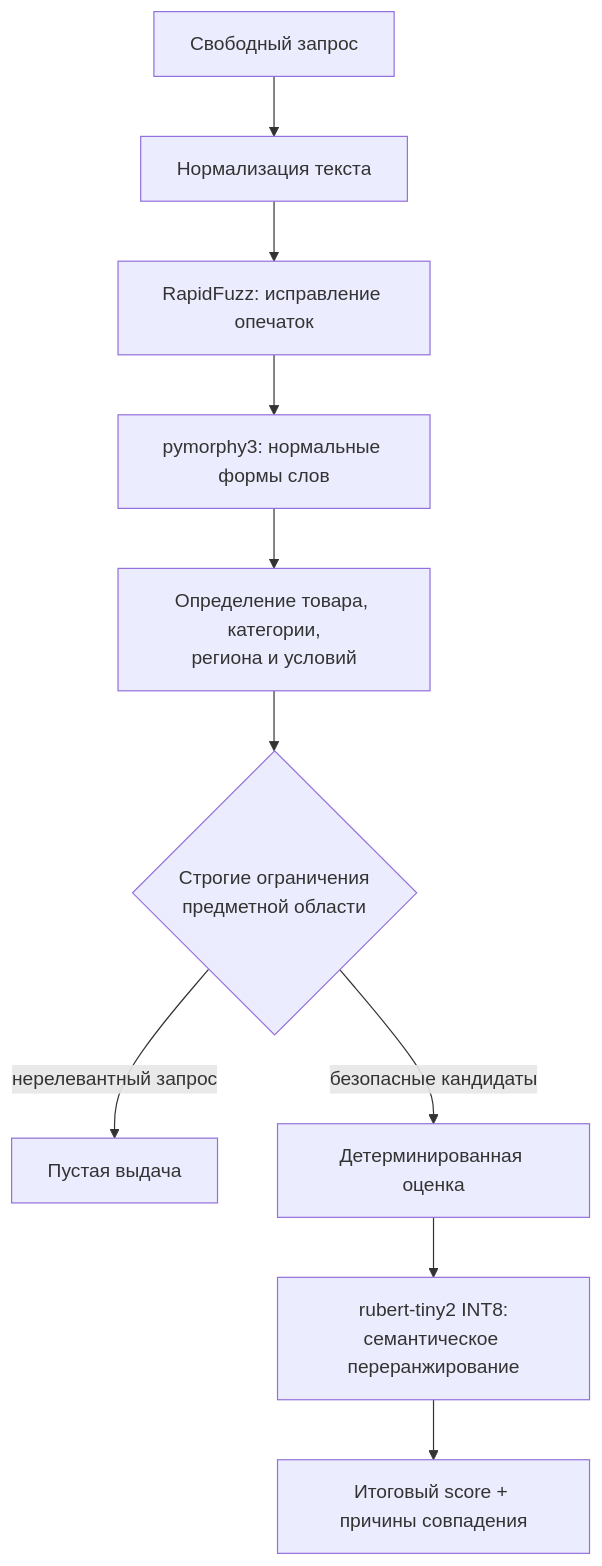
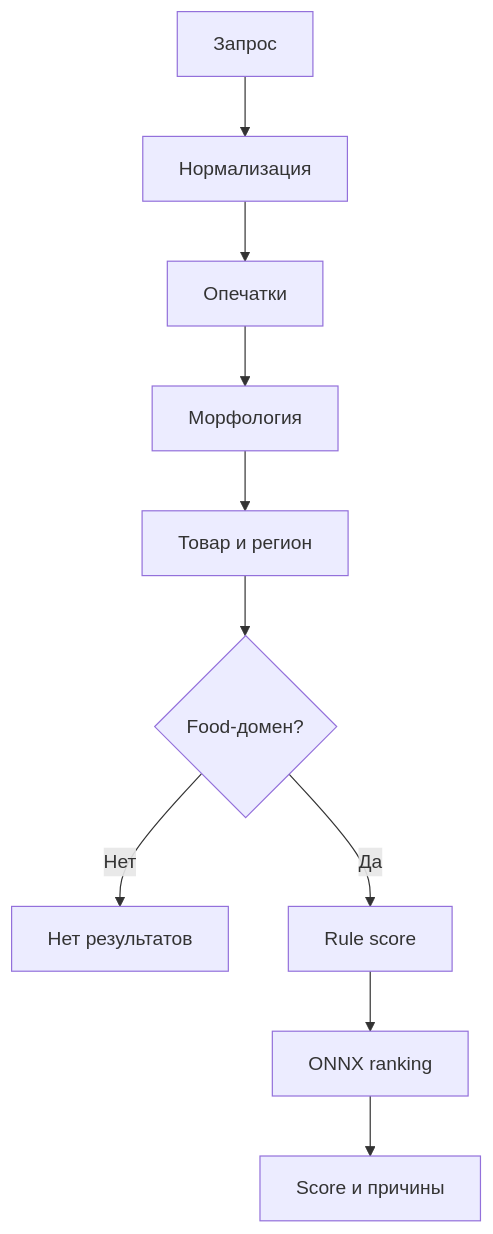
Before and after one commit to SeniorDanilBodrov/foodsource: the second of 3 diagrams in README.md, drawn with Mermaid. The commit also changed other lines of this file, not shown here.

Commit message:
Fix Mermaid labels in README [skip render]

````diff
--- a/README.md
+++ b/README.md
@@ -129,12 +129,12 @@
 ```mermaid
 flowchart TD
-    Q[Свободный запрос] --> N[Нормализация текста]
-    N --> T[RapidFuzz: исправление опечаток]
-    T --> M[pymorphy3: нормальные формы слов]
-    M --> I[Определение товара, категории,<br/>региона и условий]
-    I --> G{Строгие ограничения<br/>предметной области}
-    G -->|нерелевантный запрос| E[Пустая выдача]
-    G -->|безопасные кандидаты| D[Детерминированная оценка]
-    D --> S[rubert-tiny2 INT8:<br/>семантическое переранжирование]
-    S --> R[Итоговый score + причины совпадения]
+    Q[Запрос] --> N[Нормализация]
+    N --> T[Опечатки]
+    T --> M[Морфология]
+    M --> I[Товар и регион]
+    I --> G{Food-домен?}
+    G -->|Нет| E[Нет результатов]
+    G -->|Да| D[Rule score]
+    D --> S[ONNX ranking]
+    S --> R[Score и причины]
 ```
````
